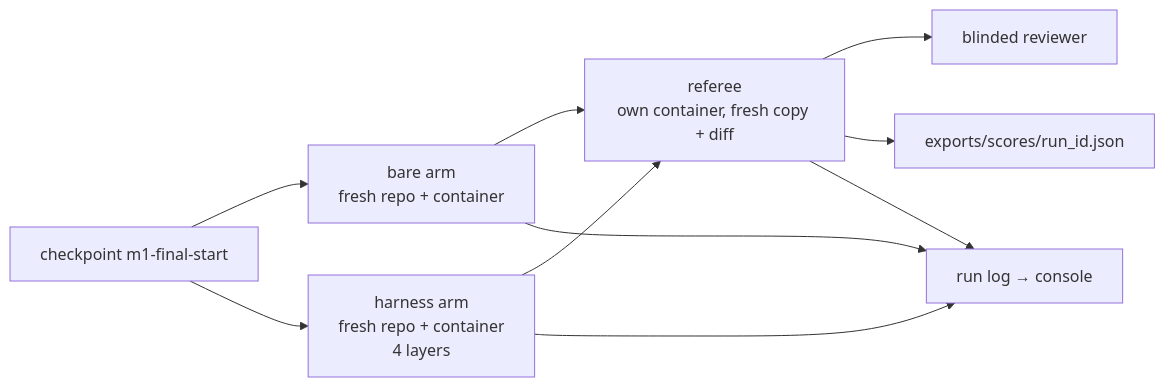
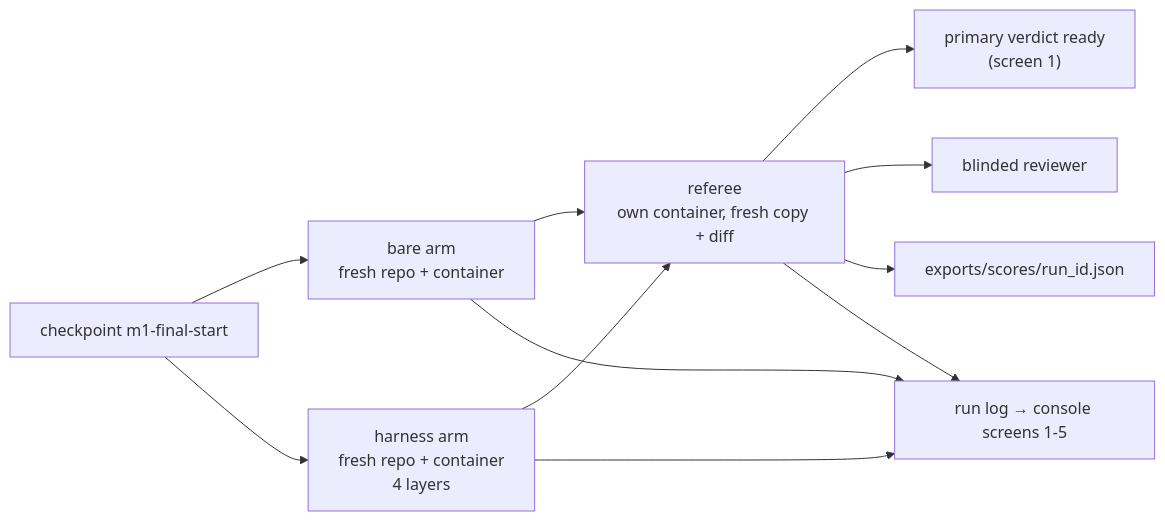
Before and after one commit to ANI-IN/shipharness-dev: the diagram in final-project/README.md, drawn with Mermaid. The commit also changed other lines of this file and 17 other files, not shown here.

````diff
--- a/final-project/README.md
+++ b/final-project/README.md
@@ -113,10 +168,11 @@
 ```mermaid
 flowchart LR
   T["checkpoint m1-final-start"] --> B["bare arm<br/>fresh repo + container"]
   T --> H["harness arm<br/>fresh repo + container<br/>4 layers"]
   B --> R["referee<br/>own container, fresh copy + diff"]
   H --> R
+  R --> P["primary verdict ready<br/>(screen 1)"]
   R --> V["blinded reviewer"]
   R --> E["exports/scores/run_id.json"]
-  B & H & R --> C["run log → console"]
+  B & H & R --> C["run log → console screens 1-5"]
 ```
````
